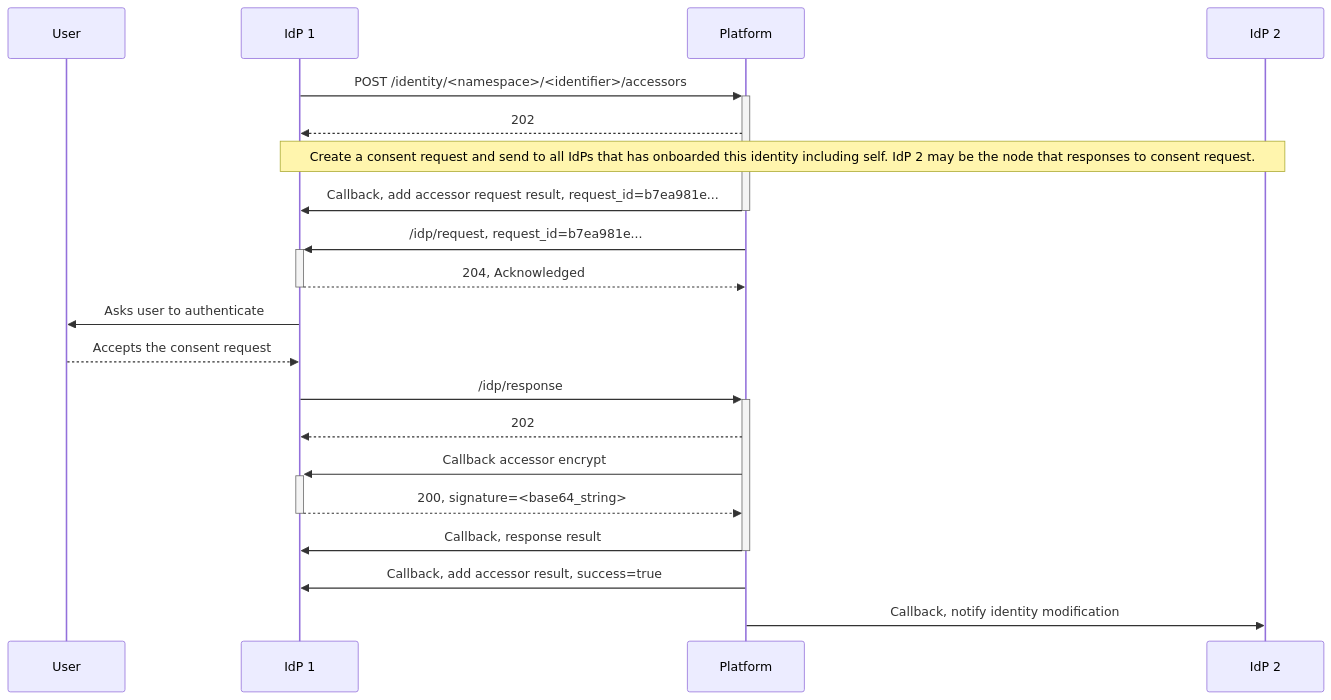
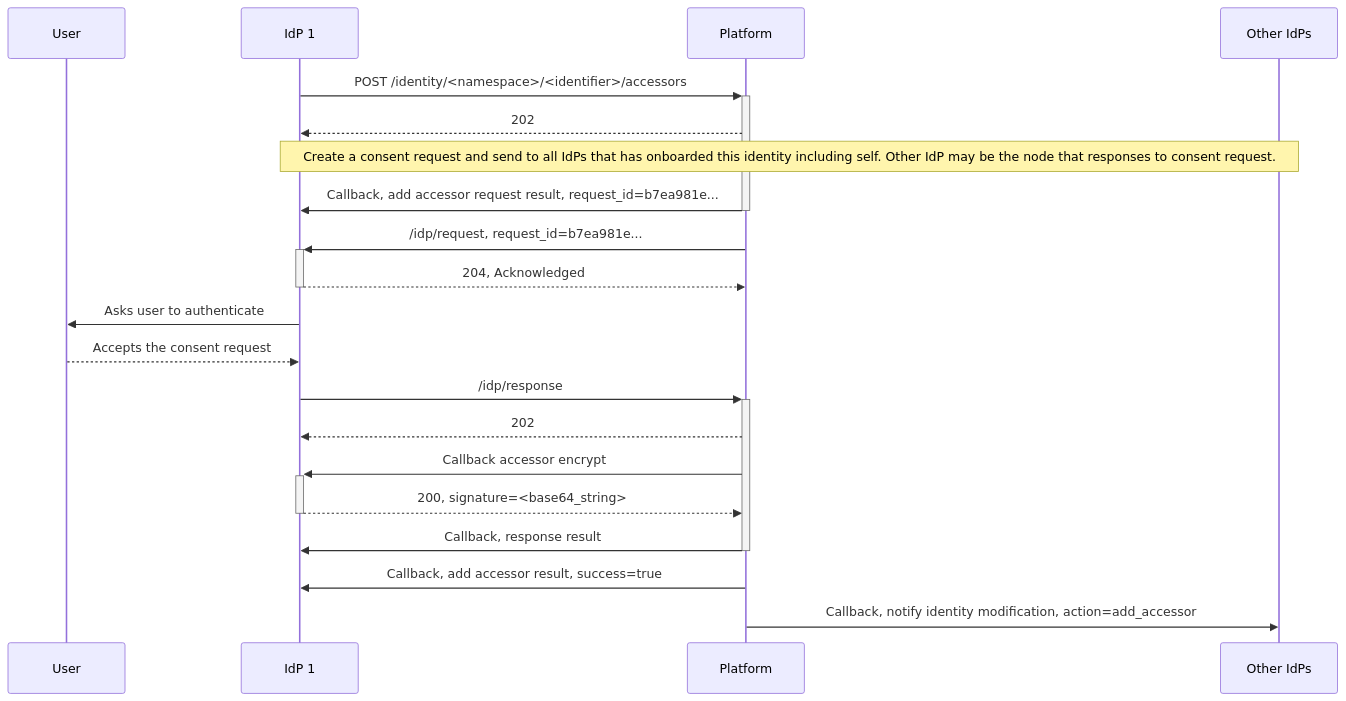
The second of 2 diagrams in flows/add-accessor.md (ndidplatform/ndidplatform.github.io), drawn with Mermaid before and after one commit. The commit also changed other lines of this file and 1 other file, not shown here.

Commit message:
Revise identity flow sequence diagrams

````diff
--- a/flows/add-accessor.md
+++ b/flows/add-accessor.md
@@ -21,22 +22,22 @@
 ```mermaid
 sequenceDiagram
     participant User
     participant IdP 1
     participant Platform
-    participant IdP 2
+    participant Other IdPs
     IdP 1->>+Platform: POST /identity/<namespace>/<identifier>/accessors
     Platform-->>IdP 1: 202
-    Note over IdP 1,IdP 2: Create a consent request and send to all IdPs that has onboarded this identity including self. IdP 2 may be the node that responses to consent request.
+    Note over IdP 1,Other IdPs: Create a consent request and send to all IdPs that has onboarded this identity including self. Other IdP may be the node that responses to consent request.
     Platform->>-IdP 1: Callback, add accessor request result, request_id=b7ea981e...
     Platform->>+IdP 1: /idp/request, request_id=b7ea981e...
     IdP 1-->>-Platform: 204, Acknowledged
     IdP 1->>User: Asks user to authenticate
     User-->>IdP 1: Accepts the consent request
     IdP 1->>+Platform: /idp/response
     Platform-->>IdP 1: 202
     Platform->>+IdP 1: Callback accessor encrypt
     IdP 1-->>-Platform: 200, signature=<base64_string>
     Platform->>-IdP 1: Callback, response result
     Platform->>IdP 1: Callback, add accessor result, success=true
-    Platform->>IdP 2: Callback, notify identity modification
+    Platform->>Other IdPs: Callback, notify identity modification, action=add_accessor
 ```
````
